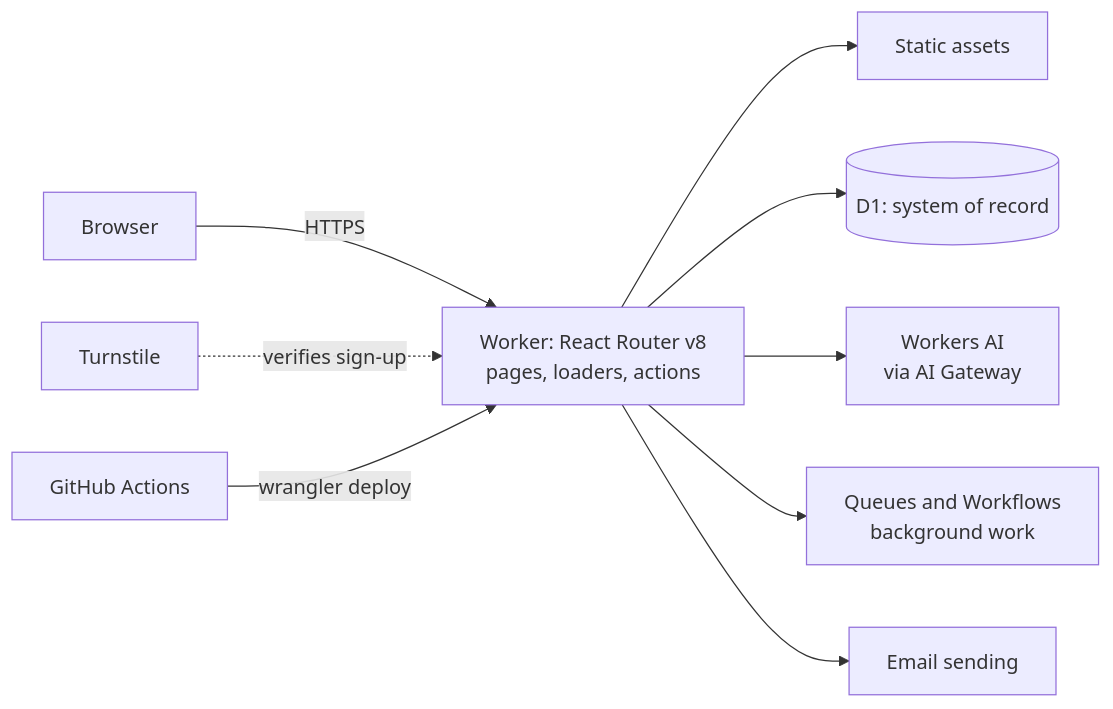
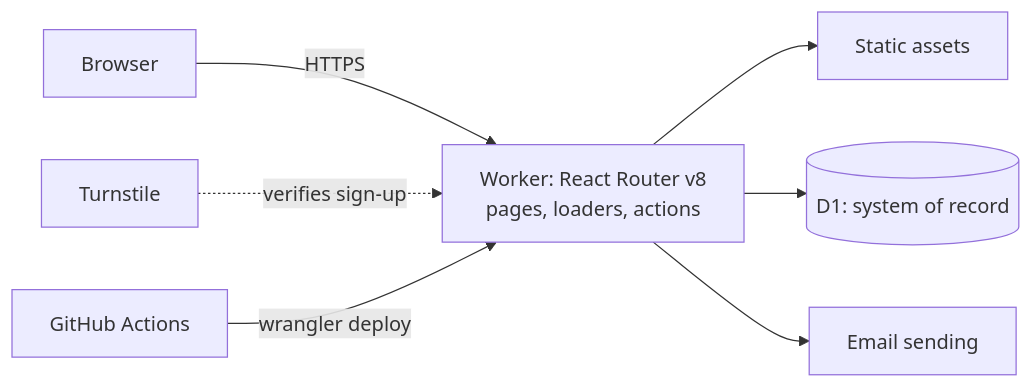
The diagram in docs/architecture.md (ayoinc/timesifier), drawn with Mermaid before and after one commit. The commit also changed other lines of this file and 10 other files, not shown here.

````diff
--- a/docs/architecture.md
+++ b/docs/architecture.md
@@ -9,11 +9,9 @@
 ```mermaid
 flowchart LR
   B[Browser] -->|HTTPS| W[Worker: React Router v8<br/>pages, loaders, actions]
   W --> A[Static assets]
   W --> D[(D1: system of record)]
-  W --> AI[Workers AI<br/>via AI Gateway]
-  W --> Q[Queues and Workflows<br/>background work]
   W --> E[Email sending]
   T[Turnstile] -.->|verifies sign-up| W
   GH[GitHub Actions] -->|wrangler deploy| W
 ```
````
